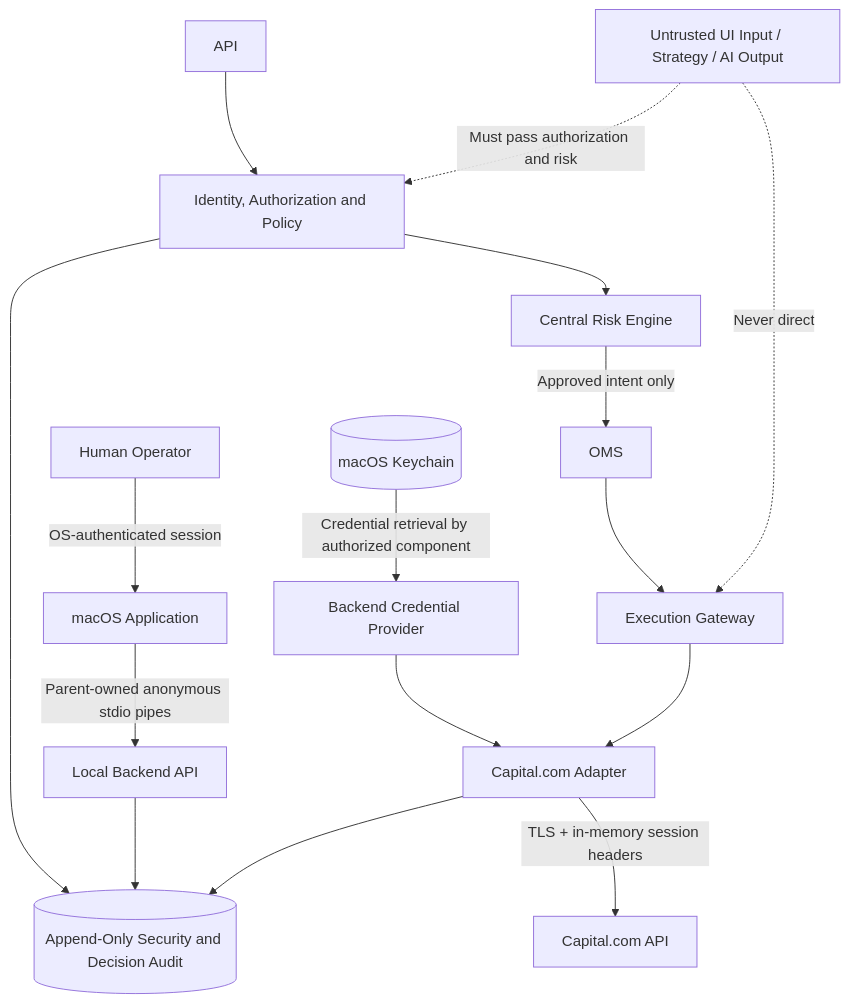
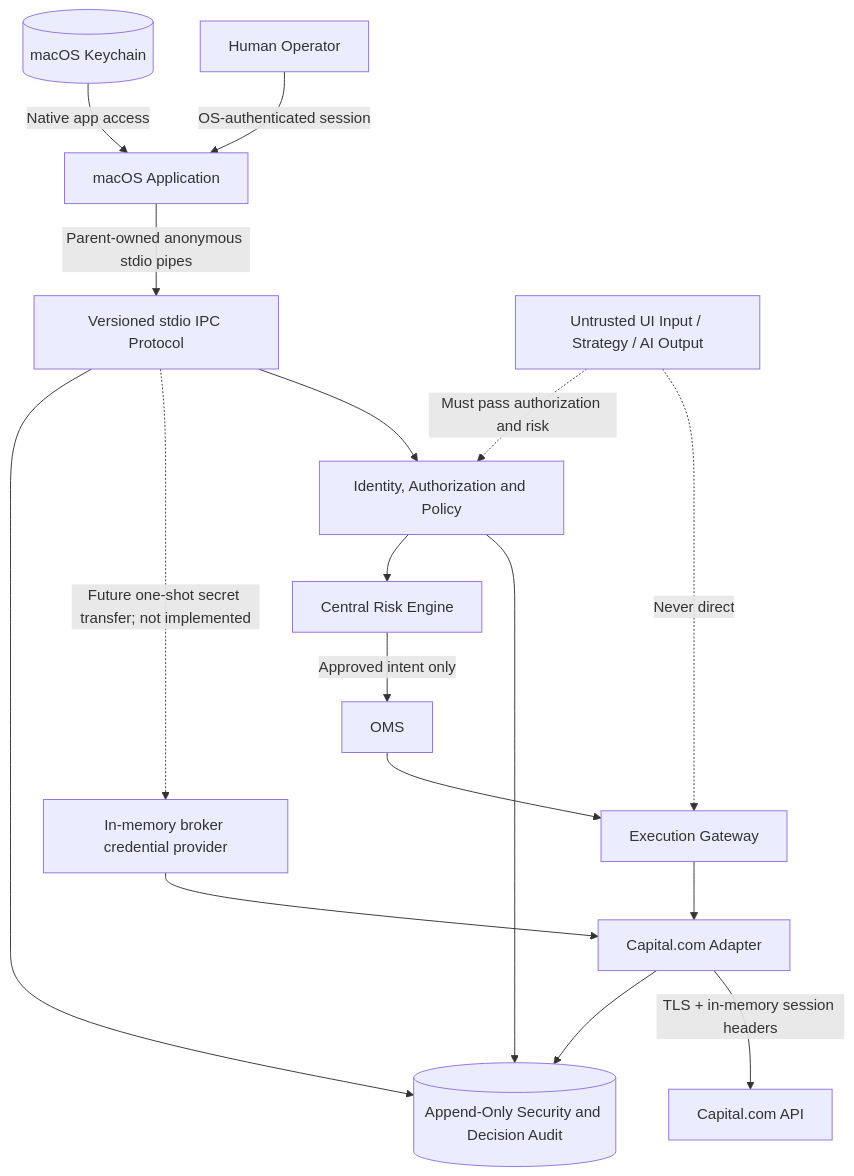
Before and after one commit to atheertrading/AtheerAutotrade: the eighth of 10 diagrams in docs/architecture/diagrams/README.md, drawn with Mermaid. The commit also changed other lines of this file, not shown here.

Commit message:
fix(architecture): align IPC diagrams with native Keychain ownership

````diff
--- a/docs/architecture/diagrams/README.md
+++ b/docs/architecture/diagrams/README.md
@@ -284,19 +284,20 @@
 ```mermaid
 flowchart TB
     OP["Human Operator"] -->|OS-authenticated session| APP["macOS Application"]
-    APP -->|Parent-owned anonymous stdio pipes| IPC["Local Backend API"]
-    API --> AUTHZ["Identity, Authorization and Policy"]
-    KEYCHAIN[("macOS Keychain")] -->|Credential retrieval by authorized component| PROVIDER["Backend Credential Provider"]
+    APP -->|Parent-owned anonymous stdio pipes| IPC["Versioned stdio IPC Protocol"]
+    IPC --> AUTHZ["Identity, Authorization and Policy"]
+    KEYCHAIN[("macOS Keychain")] -->|Native app access| APP
+    IPC -.->|Future one-shot secret transfer; not implemented| PROVIDER["In-memory broker credential provider"]
     PROVIDER --> ADAPTER["Capital.com Adapter"]
     ADAPTER -->|TLS + in-memory session headers| BROKER["Capital.com API"]
     AUTHZ --> AUDIT[("Append-Only Security and Decision Audit")]
     IPC --> AUDIT
     ADAPTER --> AUDIT
     AUTHZ --> RISK["Central Risk Engine"]
     RISK -->|Approved intent only| OMS["OMS"]
     OMS --> GATEWAY["Execution Gateway"]
     GATEWAY --> ADAPTER
 
     UNTRUSTED["Untrusted UI Input / Strategy / AI Output"] -.->|Never direct| GATEWAY
     UNTRUSTED -.->|Must pass authorization and risk| AUTHZ
 ```
````
